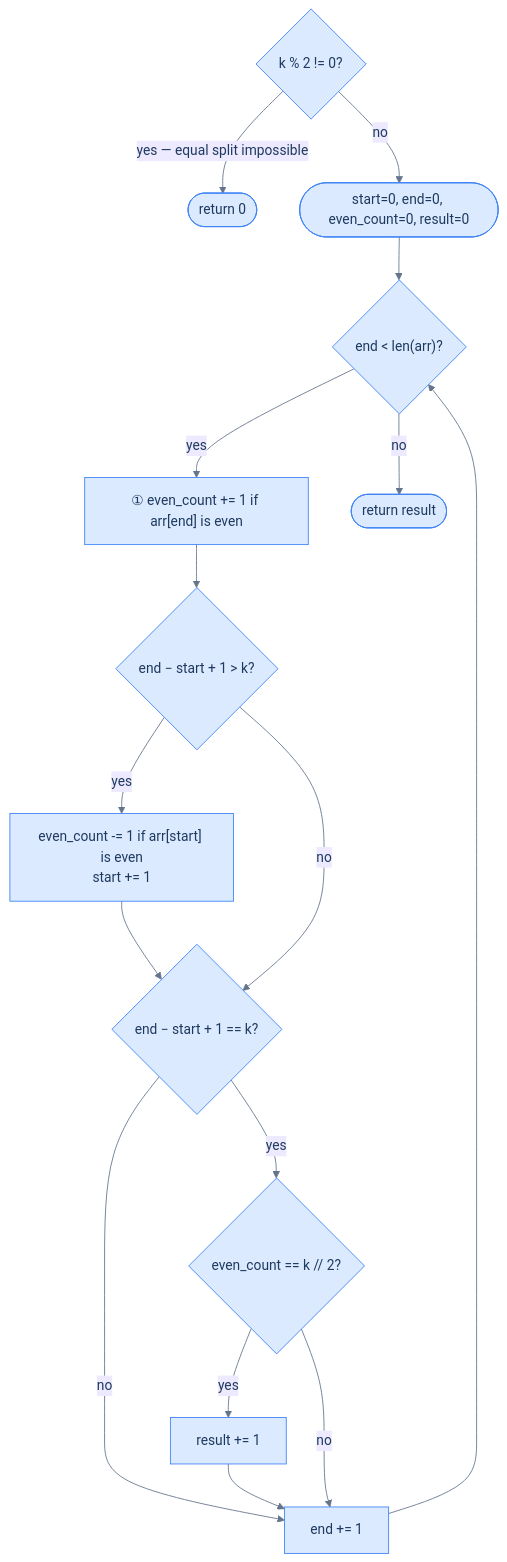
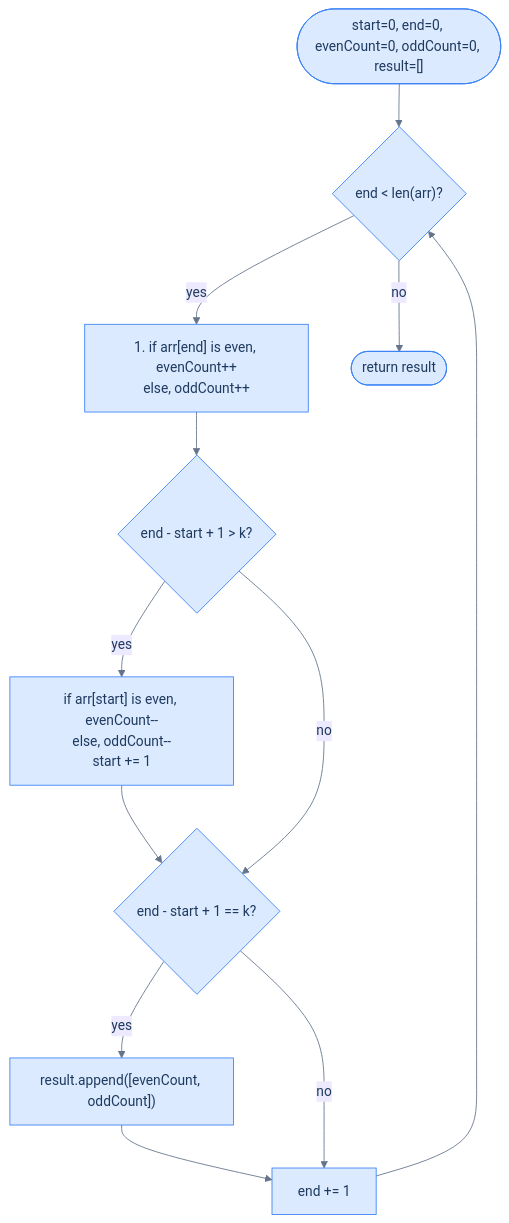
Before and after one commit to ani2fun/codefolio: the eighth of 8 diagrams in content/cortex/data-structures-and-algorithms/02-linear-structures/01-arrays/07-pattern-fixed-sliding-window.md, drawn with Mermaid. The commit also changed other lines of this file and 55 other files, not shown here.

````diff
--- a/content/cortex/data-structures-and-algorithms/02-linear-structures/01-arrays/07-pattern-fixed-sliding-window.md
+++ b/content/cortex/data-structures-and-algorithms/02-linear-structures/01-arrays/07-pattern-fixed-sliding-window.md
@@ -1999,38 +2483,35 @@
 ```mermaid
 ---
 config:
   theme: base
   themeVariables:
     primaryColor: "#dbeafe"
     primaryBorderColor: "#3b82f6"
     primaryTextColor: "#1e3a5f"
     lineColor: "#64748b"
     secondaryColor: "#ede9fe"
     tertiaryColor: "#fef9c3"
 ---
 flowchart TB
-  PreCheck{"k % 2 != 0?"}
-  RetZero(["return 0"])
-  Init(["start=0, end=0, even_count=0, result=0"])
-  Loop{"end < len(arr)?"}
-  Expand["① even_count += 1 if arr[end] is even"]
-  Contract{"end − start + 1 > k?"}
-  Remove["even_count -= 1 if arr[start] is even<br/>start += 1"]
-  Process{"end − start + 1 == k?"}
-  Check{"even_count == k // 2?"}
-  Inc["result += 1"]
+  Init(["start=0, end=0, evenCount=0, oddCount=0, result=[]"])
+  Loop{"end &lt; len(arr)?"}
+  Expand["1. if arr[end] is even, evenCount++<br/>else, oddCount++"]
+  Contract{"end - start + 1 &gt; k?"}
+  Remove["if arr[start] is even, evenCount--<br/>else, oddCount--<br/>start += 1"]
+  Process{"end - start + 1 == k?"}
+  Append["result.append([evenCount, oddCount])"]
   Advance["end += 1"]
   Done(["return result"])
 
-  PreCheck -->|"yes — equal split impossible"| RetZero
-  PreCheck -->|"no"| Init --> Loop
-  Loop -->|"yes"| Expand --> Contract
-  Contract -->|"yes"| Remove --> Process
+  Init --> Loop
+  Loop -->|"yes"| Expand
+  Expand --> Contract
+  Contract -->|"yes"| Remove
+  Remove --> Process
   Contract -->|"no"| Process
-  Process -->|"yes"| Check
+  Process -->|"yes"| Append
+  Append --> Advance
   Process -->|"no"| Advance
-  Check -->|"yes"| Inc --> Advance
-  Check -->|"no"| Advance
   Advance --> Loop
   Loop -->|"no"| Done
 ```
````
